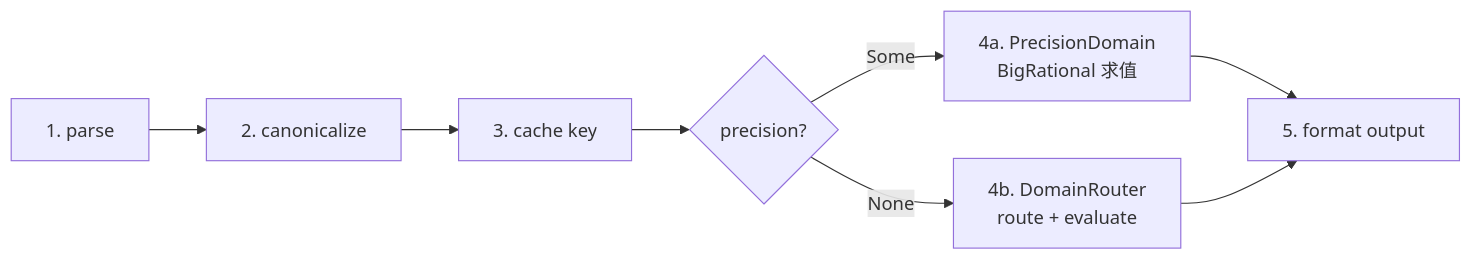
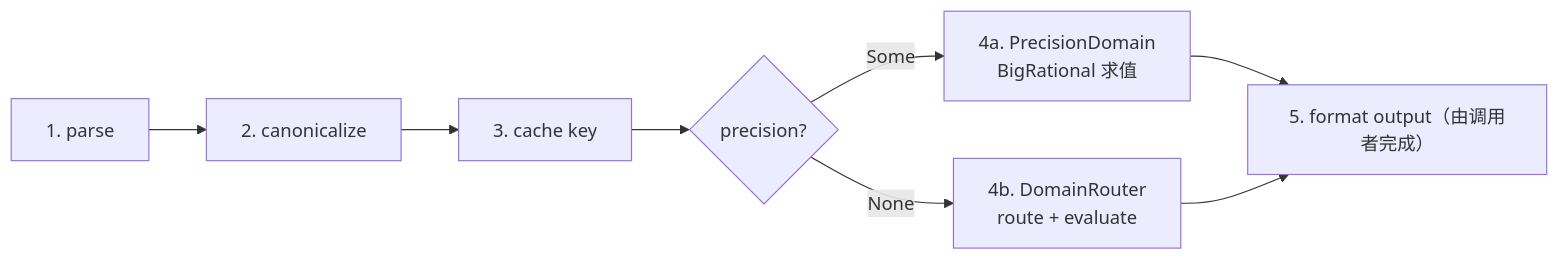
Before and after one commit to Kirky-X/calnexus: the second of 5 diagrams in docs/ARCHITECTURE.md, drawn with Mermaid. The commit also changed other lines of this file and 8 other files, not shown here.

````diff
--- a/docs/ARCHITECTURE.md
+++ b/docs/ARCHITECTURE.md
@@ -83,10 +83,10 @@
 ```mermaid
 flowchart LR
     P["1. parse"] --> C["2. canonicalize"]
     C --> K["3. cache key"]
     K --> R{precision?}
     R -->|Some| PM["4a. PrecisionDomain<br/>BigRational 求值"]
     R -->|None| RM["4b. DomainRouter<br/>route + evaluate"]
-    PM --> F["5. format output"]
+    PM --> F["5. format output（由调用者完成）"]
     RM --> F
 ```
````
